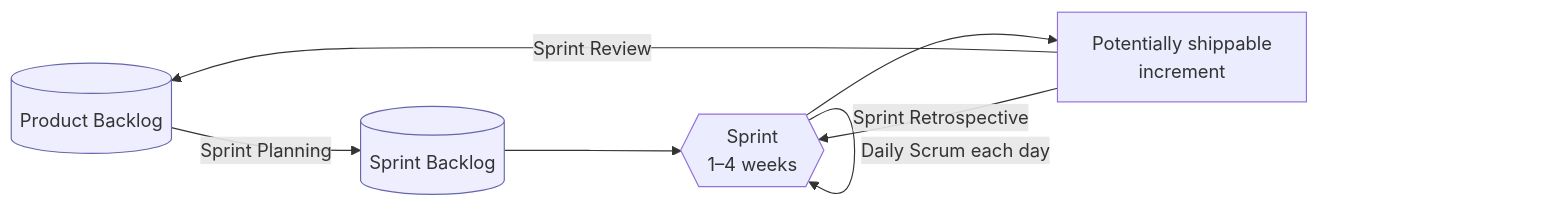
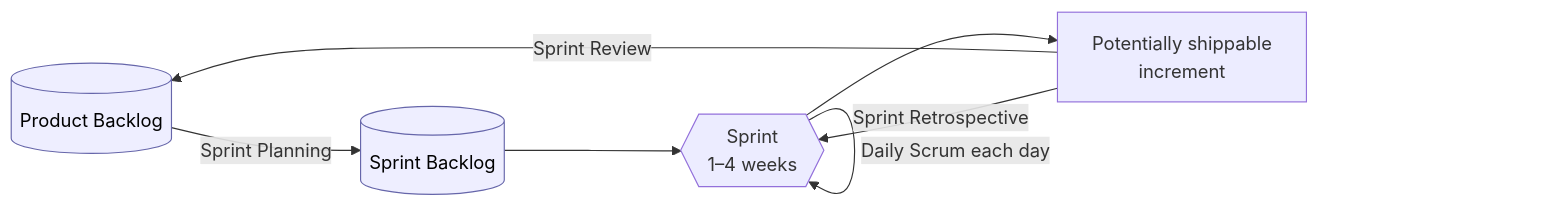
The first of 5 diagrams in chapters/02-software-development-processes/README.md (vrthra/open-swe-book), drawn with Mermaid before and after one commit. The commit also changed 9 other files, not shown here.

Commit message:
Fix for typos and diagrams in dark mode

````diff
--- a/chapters/02-software-development-processes/README.md
+++ b/chapters/02-software-development-processes/README.md
@@ -142,11 +142,11 @@
 ```mermaid
 flowchart LR
     PB[(Product Backlog)] -->|Sprint Planning| SB[(Sprint Backlog)]
     SB --> S{{Sprint<br/>1–4 weeks}}
     S -->|Daily Scrum each day| S
     S --> INC[Potentially shippable<br/>increment]
     INC -->|Sprint Review| PB
     INC -->|Sprint Retrospective| S
-    classDef art fill:#eef,stroke:#66a;
+    classDef art fill:#eef,stroke:#66a,color:#000;
     class PB,SB art;
 ```
````
